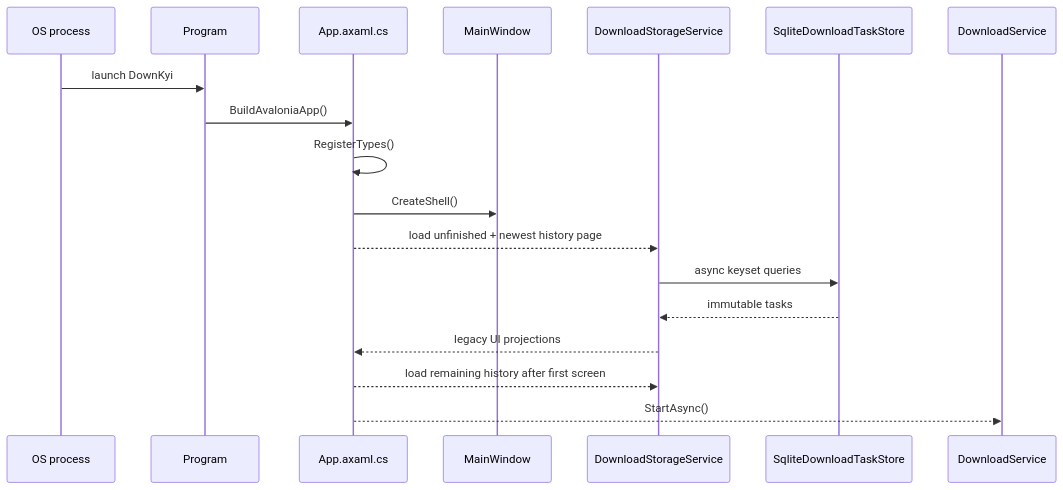
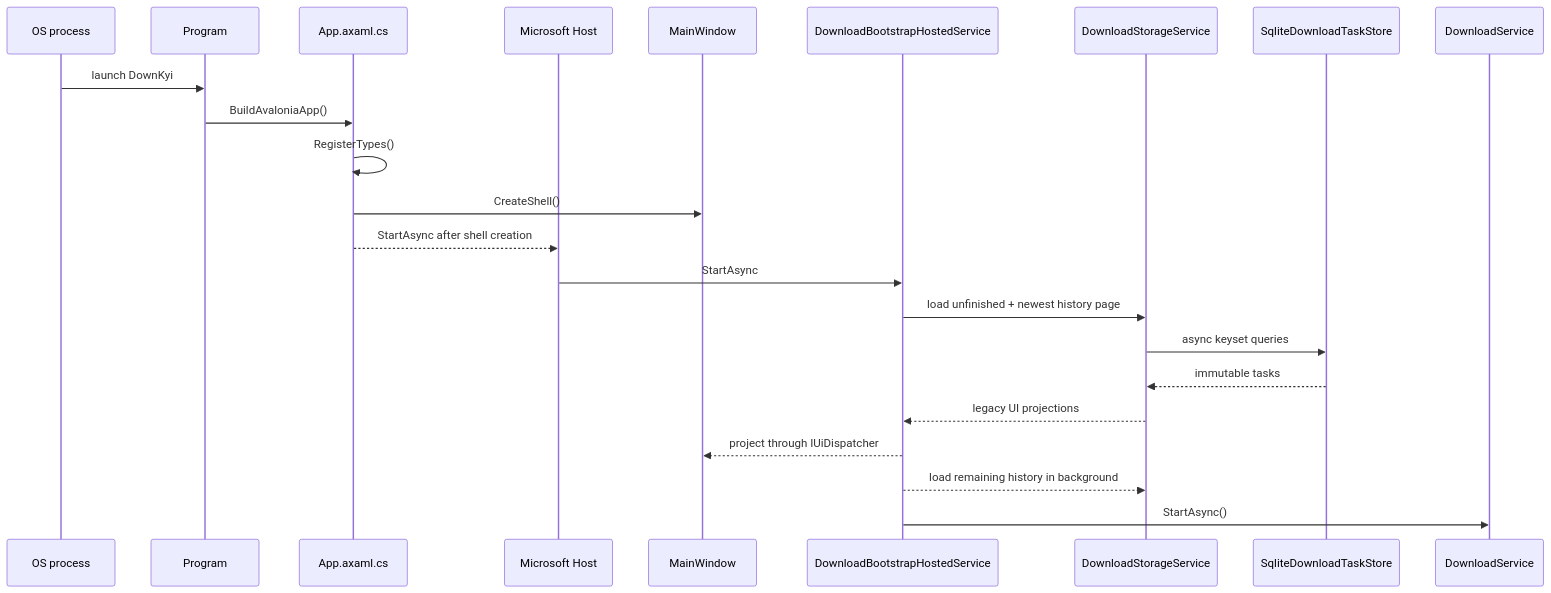
Before and after one commit to crazysmile-PhD/downkyicore: the second of 4 diagrams in docs/ai-knowledge-graph.md, drawn with Mermaid. The commit also changed other lines of this file and 9 other files, not shown here.

Commit message:
refactor: move download bootstrap into host lifecycle

````diff
--- a/docs/ai-knowledge-graph.md
+++ b/docs/ai-knowledge-graph.md
@@ -945,21 +981,26 @@
 ```mermaid
 sequenceDiagram
     participant OS as OS process
     participant Program as Program
     participant App as App.axaml.cs
+    participant Host as Microsoft Host
     participant Shell as MainWindow
+    participant Bootstrap as DownloadBootstrapHostedService
     participant Projection as DownloadStorageService
     participant Store as SqliteDownloadTaskStore
     participant Runtime as DownloadService
 
     OS->>Program: launch DownKyi
     Program->>App: BuildAvaloniaApp()
     App->>App: RegisterTypes()
     App->>Shell: CreateShell()
-    App-->>Projection: load unfinished + newest history page
+    App-->>Host: StartAsync after shell creation
+    Host->>Bootstrap: StartAsync
+    Bootstrap->>Projection: load unfinished + newest history page
     Projection->>Store: async keyset queries
     Store-->>Projection: immutable tasks
-    Projection-->>App: legacy UI projections
-    App-->>Projection: load remaining history after first screen
-    App-->>Runtime: StartAsync()
+    Projection-->>Bootstrap: legacy UI projections
+    Bootstrap-->>Shell: project through IUiDispatcher
+    Bootstrap-->>Projection: load remaining history in background
+    Bootstrap->>Runtime: StartAsync()
 ```
````
